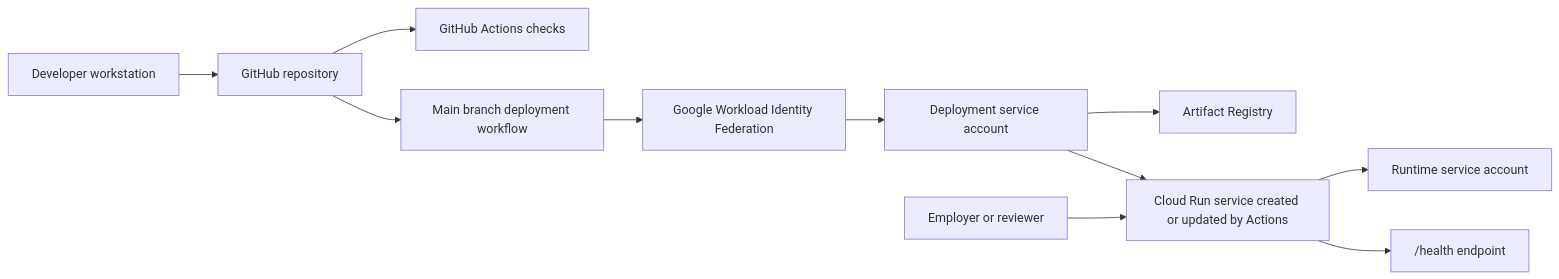
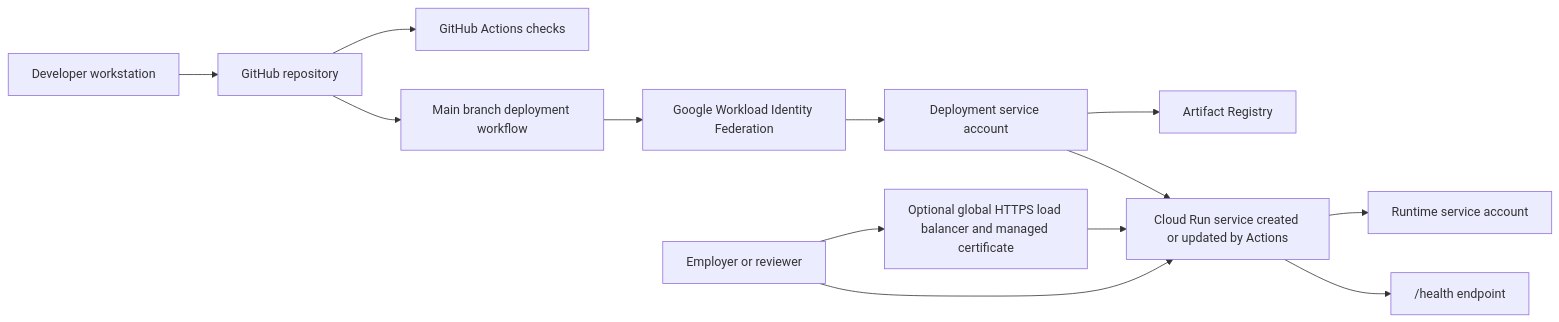
Before and after one commit to Colinchapm/living-cv: the diagram in docs/architecture/overview.md, drawn with Mermaid. The commit also changed other lines of this file and 51 other files, not shown here.

````diff
--- a/docs/architecture/overview.md
+++ b/docs/architecture/overview.md
@@ -5,13 +5,15 @@
 ```mermaid
 flowchart LR
   Developer["Developer workstation"] --> GitHub["GitHub repository"]
   GitHub --> Checks["GitHub Actions checks"]
   GitHub --> Deploy["Main branch deployment workflow"]
   Deploy --> WIF["Google Workload Identity Federation"]
   WIF --> DeployerSA["Deployment service account"]
   DeployerSA --> ArtifactRegistry["Artifact Registry"]
   DeployerSA --> CloudRun["Cloud Run service created or updated by Actions"]
   CloudRun --> RuntimeSA["Runtime service account"]
-  Visitor["Employer or reviewer"] --> CloudRun
+  Visitor["Employer or reviewer"] --> HTTPSLB["Optional global HTTPS load balancer and managed certificate"]
+  HTTPSLB --> CloudRun
+  Visitor --> CloudRun
   CloudRun --> Health["/health endpoint"]
 ```
````
